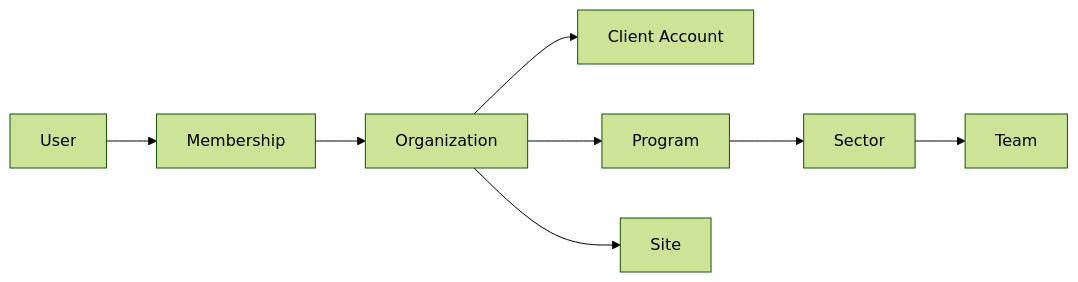
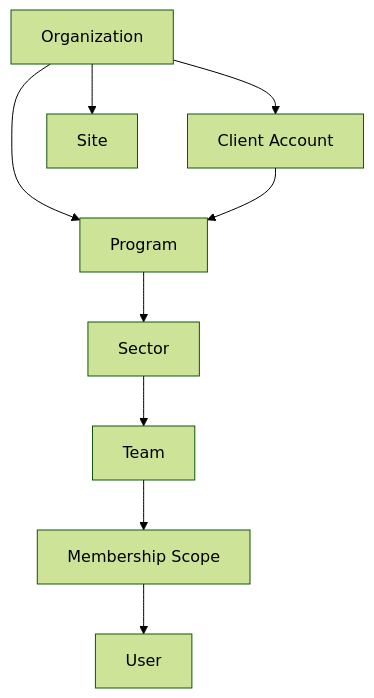
One commit to D-engahmed/OMILINKS changed the first of 2 diagrams in docs/domain/tenancy.md. Above: the diagram before and after it, drawn with Mermaid (forest theme). The commit also changed other lines of this file and 3 other files, not shown here.

````diff
--- a/docs/domain/tenancy.md
+++ b/docs/domain/tenancy.md
@@ -37,10 +63,11 @@
 ```mermaid
-flowchart LR
-ORG[Organization] --> CA[Client Account]
-ORG --> PROG[Program]
-PROG --> SEC[Sector]
-SEC --> TEAM[Team]
+flowchart TB
+ORG[Organization] --> CLIENT[Client Account]
+ORG --> PROGRAM[Program]
+CLIENT --> PROGRAM
+PROGRAM --> SECTOR[Sector]
+SECTOR --> TEAM[Team]
 ORG --> SITE[Site]
-USER[User] --> MEM[Membership]
-MEM --> ORG
+TEAM --> MEMBERS[Membership Scope]
+MEMBERS --> USER[User]
 ```
````
